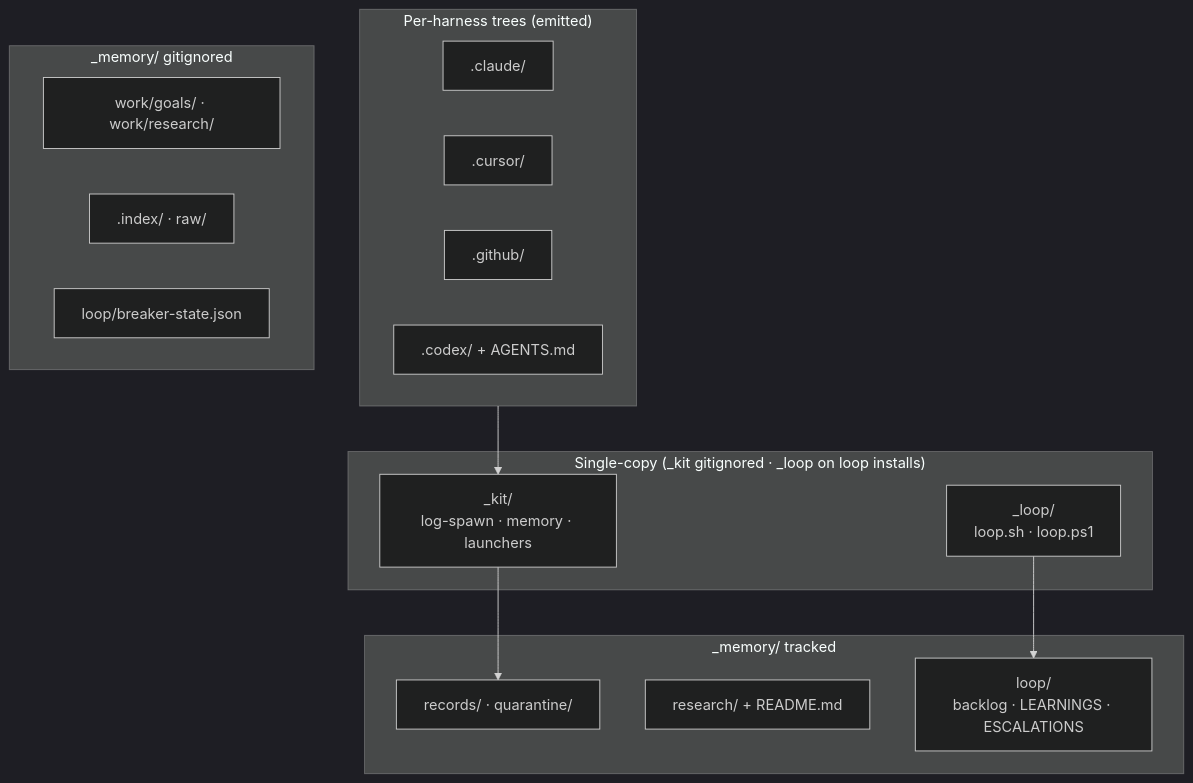
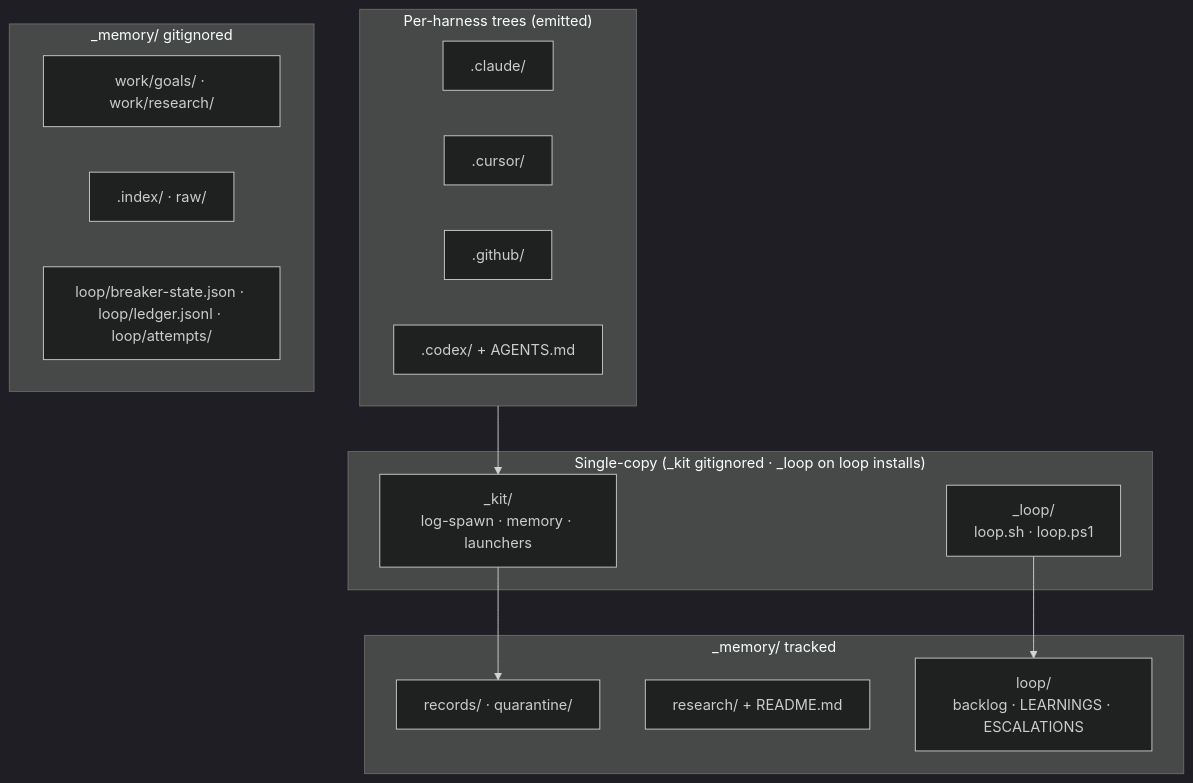
The fourth of 12 diagrams in docs/agent-kit/guide/architecture.md (kdcllc/skills), drawn with Mermaid (dark theme) before and after one commit. The commit also changed other lines of this file and 249 other files, not shown here.

````diff
--- a/docs/agent-kit/guide/architecture.md
+++ b/docs/agent-kit/guide/architecture.md
@@ -100,30 +100,30 @@
 ```mermaid
 flowchart TD
     subgraph harnessTrees ["Per-harness trees (emitted)"]
         Claude[".claude/"]
         Cursor[".cursor/"]
         GitHub[".github/"]
         Codex[".codex/ + AGENTS.md"]
     end
 
     subgraph singleCopy ["Single-copy (_kit gitignored · _loop on loop installs)"]
         Kit["_kit/\nlog-spawn · memory · launchers"]
         Loop["_loop/\nloop.sh · loop.ps1"]
     end
 
     subgraph memTracked ["_memory/ tracked"]
         Rec["records/ · quarantine/"]
         ResIdx["research/ + README.md"]
         LoopMem["loop/\nbacklog · LEARNINGS · ESCALATIONS"]
     end
 
     subgraph memIgnored ["_memory/ gitignored"]
         Work["work/goals/ · work/research/"]
         Derive[".index/ · raw/"]
-        Brk["loop/breaker-state.json"]
+        Brk["loop/breaker-state.json · loop/ledger.jsonl · loop/attempts/"]
     end
 
     harnessTrees --> Kit
     Loop --> LoopMem
     Kit --> Rec
 ```
````
